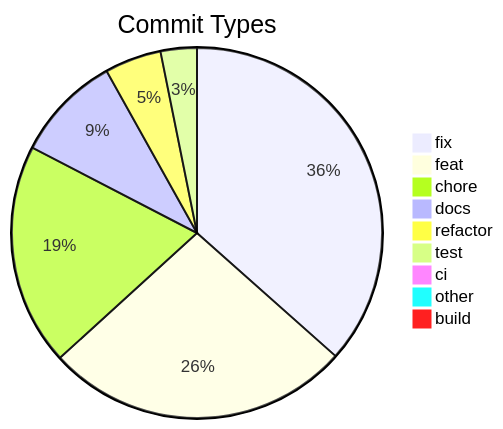
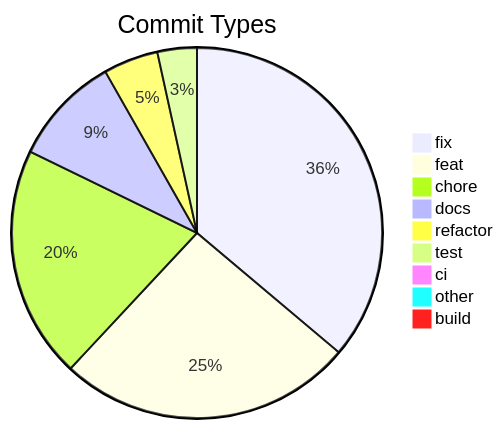
The diagram in .shipwright/compliance/change-history.md (svenroth-ai/shipwright-webui), drawn with Mermaid before and after one commit. The commit also changed other lines of this file and 19 other files, not shown here.

````diff
--- a/.shipwright/compliance/change-history.md
+++ b/.shipwright/compliance/change-history.md
@@ -8,12 +8,12 @@
 ```mermaid
 pie title Commit Types
-    "fix" : 185
+    "fix" : 189
     "feat" : 135
-    "chore" : 98
-    "docs" : 47
+    "chore" : 106
+    "docs" : 50
     "refactor" : 25
-    "test" : 16
+    "test" : 18
     "ci" : 4
     "other" : 4
     "build" : 1
 ```
````
